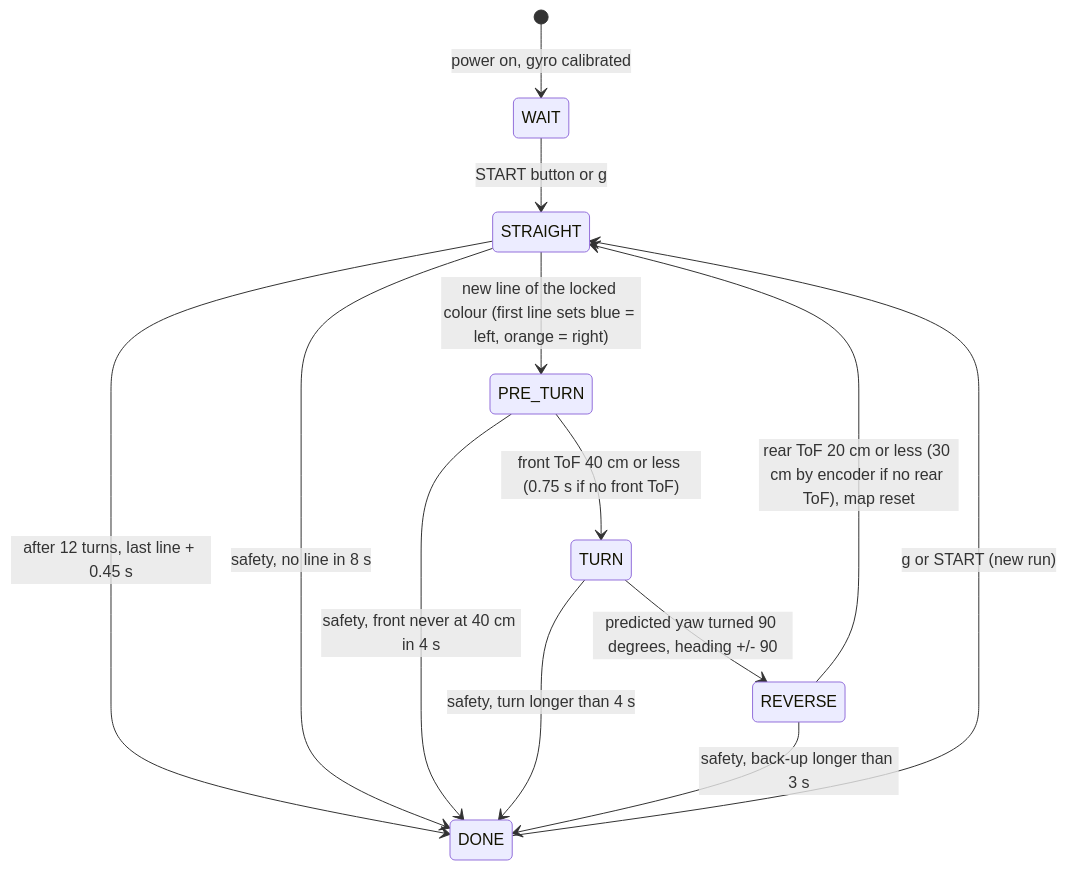
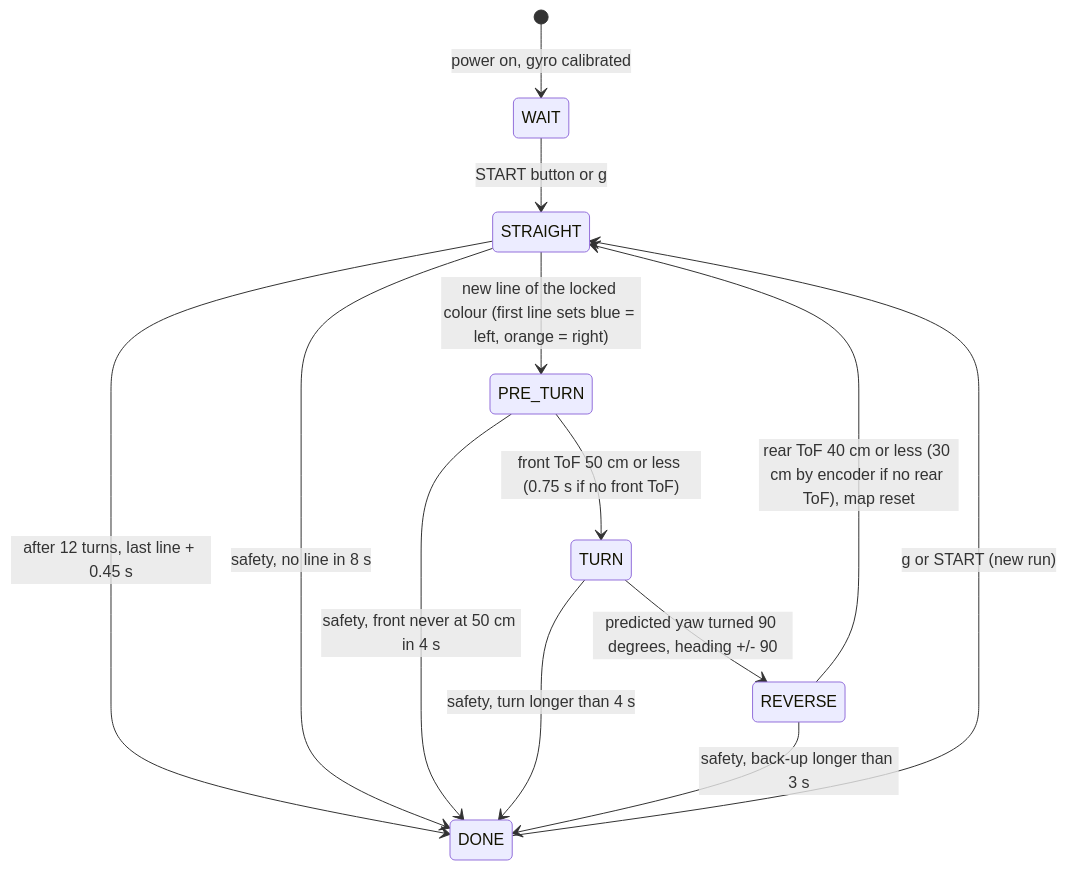
The fourth of 4 diagrams in README.md (henryalejandrorieraloza-sudo/WRO-2026-Future-Engineers-Journal), drawn with Mermaid before and after one commit. The commit also changed other lines of this file and 4 other files, not shown here.

````diff
--- a/README.md
+++ b/README.md
@@ -604,15 +604,15 @@
 ```mermaid
 stateDiagram-v2
     [*] --> WAIT: power on, gyro calibrated
     WAIT --> STRAIGHT: START button or g
     STRAIGHT --> PRE_TURN: new line of the locked colour (first line sets blue = left, orange = right)
-    PRE_TURN --> TURN: front ToF 40 cm or less (0.75 s if no front ToF)
+    PRE_TURN --> TURN: front ToF 50 cm or less (0.75 s if no front ToF)
     TURN --> REVERSE: predicted yaw turned 90 degrees, heading +/- 90
-    REVERSE --> STRAIGHT: rear ToF 20 cm or less (30 cm by encoder if no rear ToF), map reset
+    REVERSE --> STRAIGHT: rear ToF 40 cm or less (30 cm by encoder if no rear ToF), map reset
     STRAIGHT --> DONE: after 12 turns, last line + 0.45 s
     STRAIGHT --> DONE: safety, no line in 8 s
-    PRE_TURN --> DONE: safety, front never at 40 cm in 4 s
+    PRE_TURN --> DONE: safety, front never at 50 cm in 4 s
     TURN --> DONE: safety, turn longer than 4 s
     REVERSE --> DONE: safety, back-up longer than 3 s
     DONE --> STRAIGHT: g or START (new run)
 ```
````
